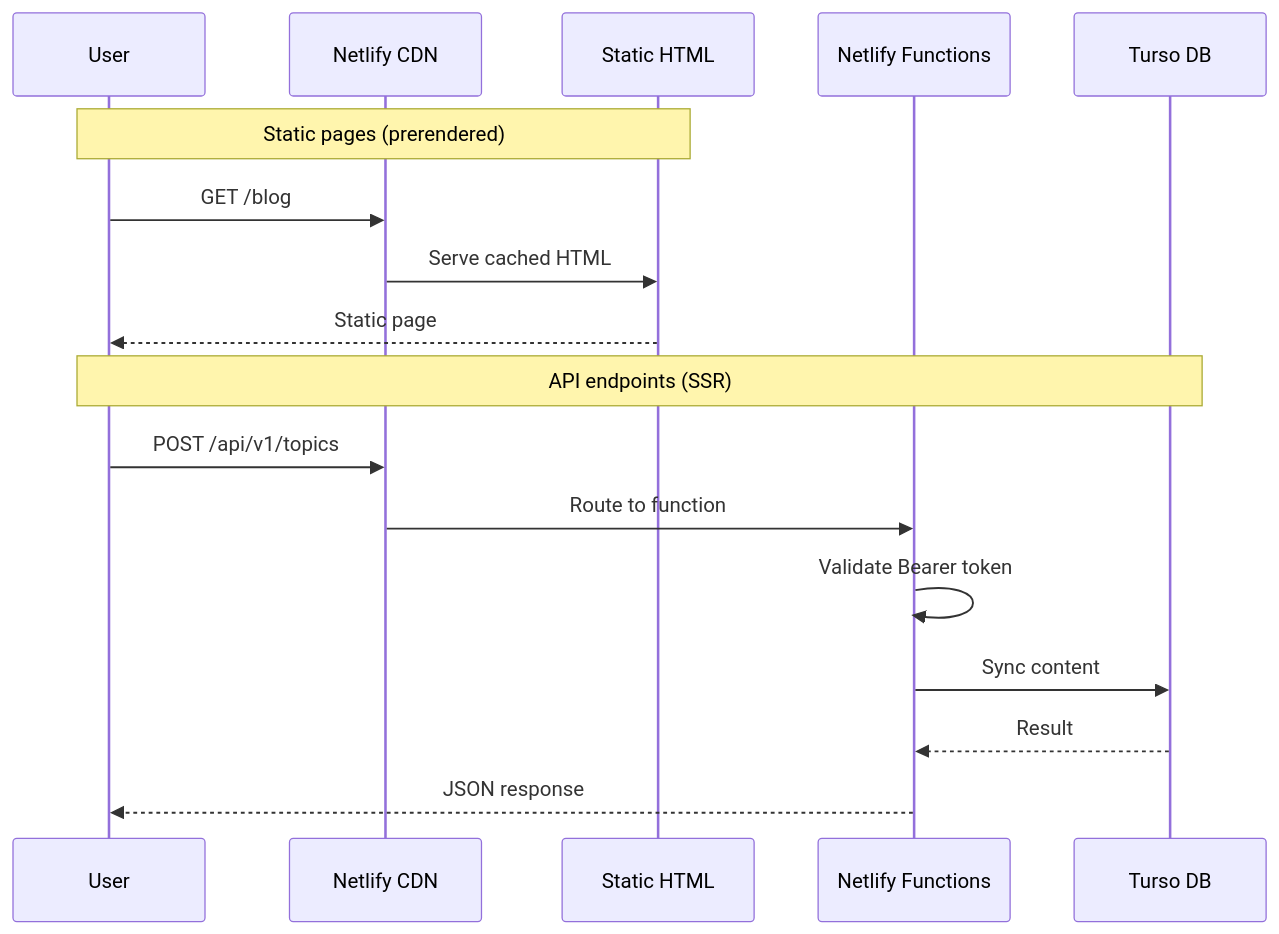
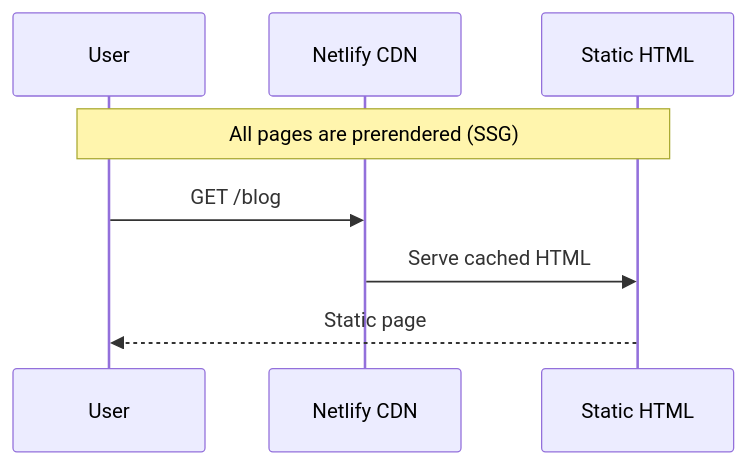
The sixth of 8 diagrams in docs/stable/architecture/architecture.md (duckycoding-dev/ducky-coding), drawn with Mermaid before and after one commit. The commit also changed other lines of this file and 9 other files, not shown here.

````diff
--- a/docs/stable/architecture/architecture.md
+++ b/docs/stable/architecture/architecture.md
@@ -202,21 +202,11 @@
 ```mermaid
 sequenceDiagram
     participant U as User
     participant N as Netlify CDN
     participant S as Static HTML
-    participant F as Netlify Functions
-    participant D as Turso DB
 
-    Note over U,S: Static pages (prerendered)
+    Note over U,S: All pages are prerendered (SSG)
     U->>N: GET /blog
     N->>S: Serve cached HTML
     S-->>U: Static page
-
-    Note over U,D: API endpoints (SSR)
-    U->>N: POST /api/v1/topics
-    N->>F: Route to function
-    F->>F: Validate Bearer token
-    F->>D: Sync content
-    D-->>F: Result
-    F-->>U: JSON response
 ```
````
